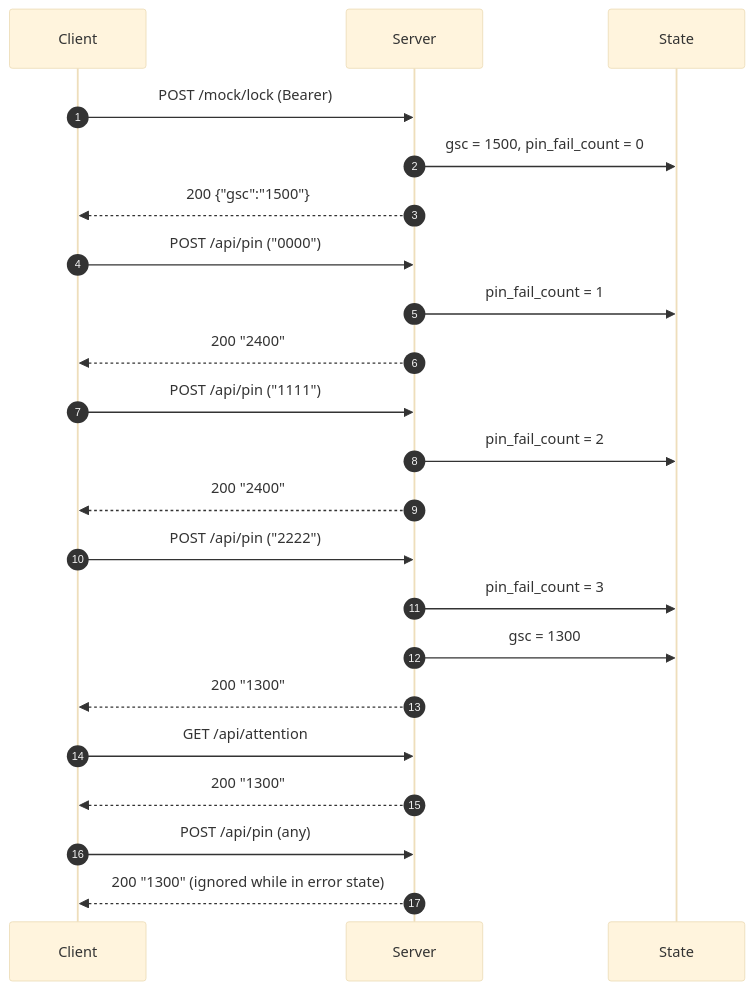
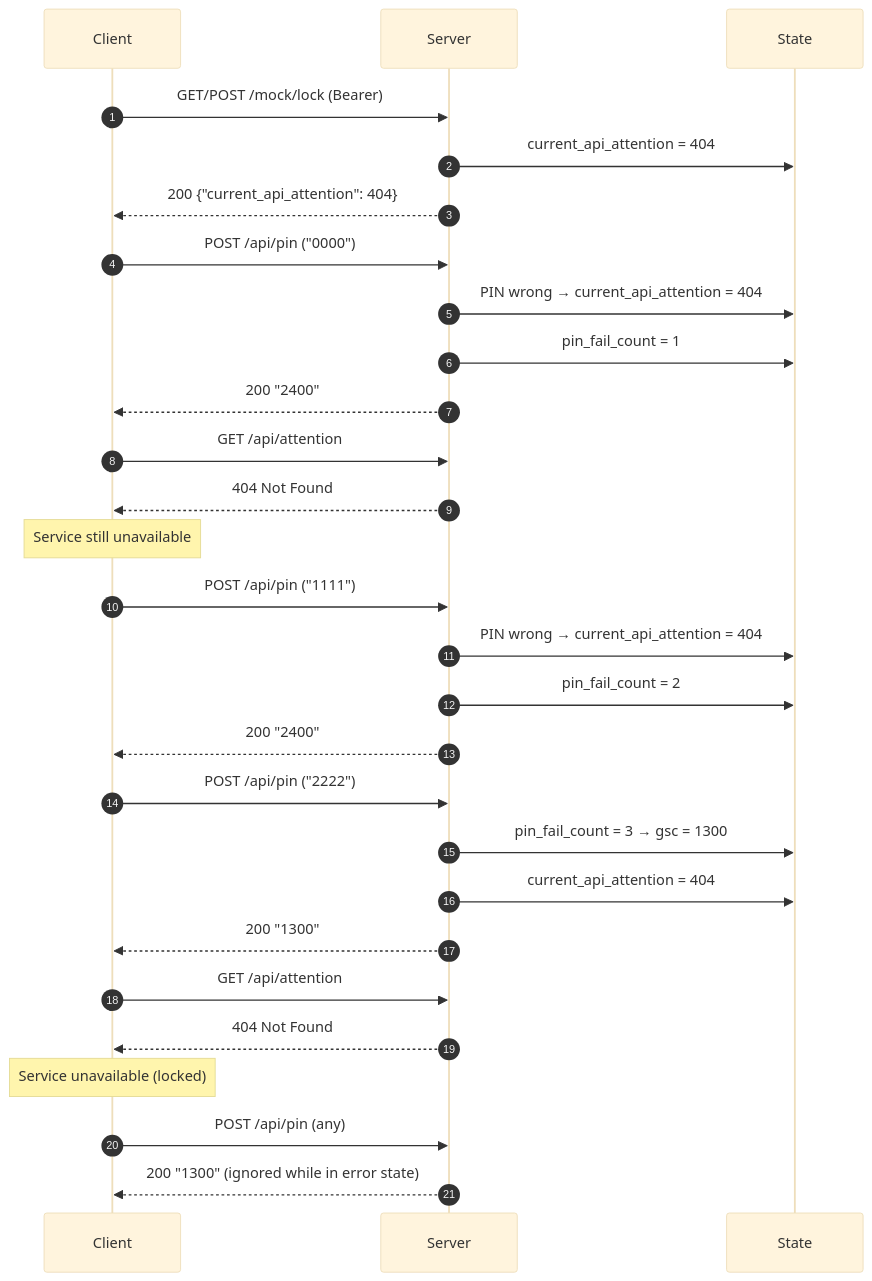
One commit to bringout/ofs-mockup-srv changed the fourth of 7 diagrams in doc/SEQUENCES.md. Above: the diagram before and after it, drawn with Mermaid (base theme). The commit also changed other lines of this file and 15 other files, not shown here.

First line of the commit message:
Remove GSC legacy system and implement HTTP status-based service availability

````diff
--- a/doc/SEQUENCES.md
+++ b/doc/SEQUENCES.md
@@ -29,30 +75,37 @@
 ```mermaid
 sequenceDiagram
     autonumber
     participant C as Client
     participant S as Server
     participant ST as State
 
-    C->>S: POST /mock/lock (Bearer)
-    S->>ST: gsc = 1500, pin_fail_count = 0
-    S-->>C: 200 {"gsc":"1500"}
+    C->>S: GET/POST /mock/lock (Bearer)
+    S->>ST: current_api_attention = 404
+    S-->>C: 200 {"current_api_attention": 404}
 
     C->>S: POST /api/pin ("0000")
+    S->>ST: PIN wrong → current_api_attention = 404
     S->>ST: pin_fail_count = 1
     S-->>C: 200 "2400"
 
+    C->>S: GET /api/attention
+    S-->>C: 404 Not Found
+    Note over C: Service still unavailable
+
     C->>S: POST /api/pin ("1111")
+    S->>ST: PIN wrong → current_api_attention = 404
     S->>ST: pin_fail_count = 2
     S-->>C: 200 "2400"
 
     C->>S: POST /api/pin ("2222")
-    S->>ST: pin_fail_count = 3
-    S->>ST:  gsc = 1300
+    S->>ST: pin_fail_count = 3 → gsc = 1300
+    S->>ST: current_api_attention = 404
     S-->>C: 200 "1300"
 
     C->>S: GET /api/attention
-    S-->>C: 200 "1300"
+    S-->>C: 404 Not Found
+    Note over C: Service unavailable (locked)
 
     C->>S: POST /api/pin (any)
     S-->>C: 200 "1300" (ignored while in error state)
 ```
````
